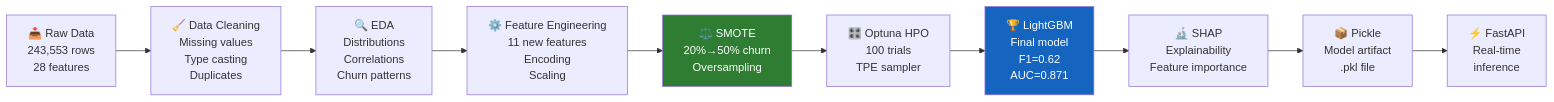
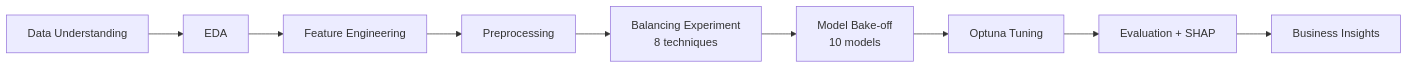
The second of 2 diagrams in README.md (Atim45/Data_analytics_tecom_churn), drawn with Mermaid before and after one commit. The commit also changed other lines of this file and 25 other files, not shown here.

````diff
--- a/README.md
+++ b/README.md
@@ -383,15 +464,11 @@
 ```mermaid
 flowchart LR
-    A["📥 Raw Data\n243,553 rows\n28 features"] --> B["🧹 Data Cleaning\nMissing values\nType casting\nDuplicates"]
-    B --> C["🔍 EDA\nDistributions\nCorrelations\nChurn patterns"]
-    C --> D["⚙️ Feature Engineering\n11 new features\nEncoding\nScaling"]
-    D --> E["⚖️ SMOTE\n20%→50% churn\nOversampling"]
-    E --> F["🎛️ Optuna HPO\n100 trials\nTPE sampler"]
-    F --> G["🏆 LightGBM\nFinal model\nF1=0.62\nAUC=0.871"]
-    G --> H["🔬 SHAP\nExplainability\nFeature importance"]
-    H --> I["📦 Pickle\nModel artifact\n.pkl file"]
-    I --> J["⚡ FastAPI\nReal-time\ninference"]
-
-    style G fill:#1565c0,color:#fff
-    style E fill:#2e7d32,color:#fff
+    A[Data Understanding] --> B[EDA]
+    B --> C[Feature Engineering ]
+    C --> D[Preprocessing]
+    D --> E[Balancing Experiment\n8 techniques]
+    E --> F[Model Bake-off\n10 models]
+    F --> G[Optuna Tuning]
+    G --> H[Evaluation + SHAP]
+    H --> I[Business Insights]
 ```
````
